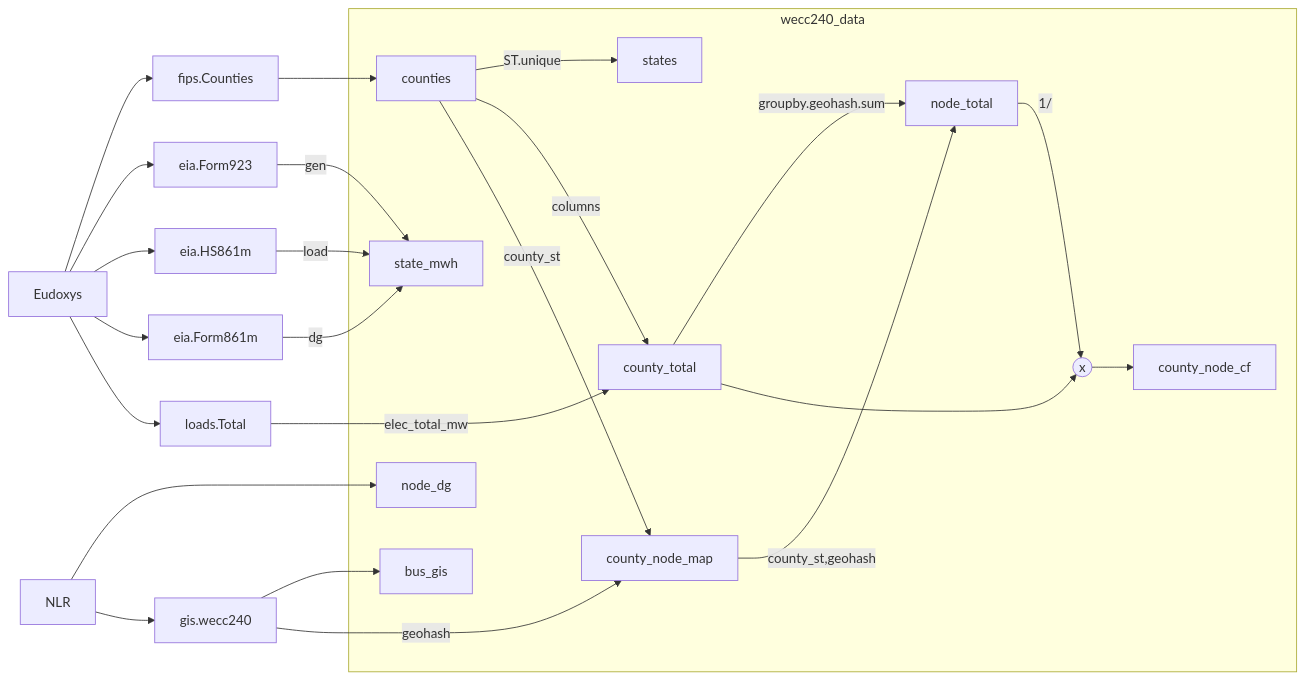
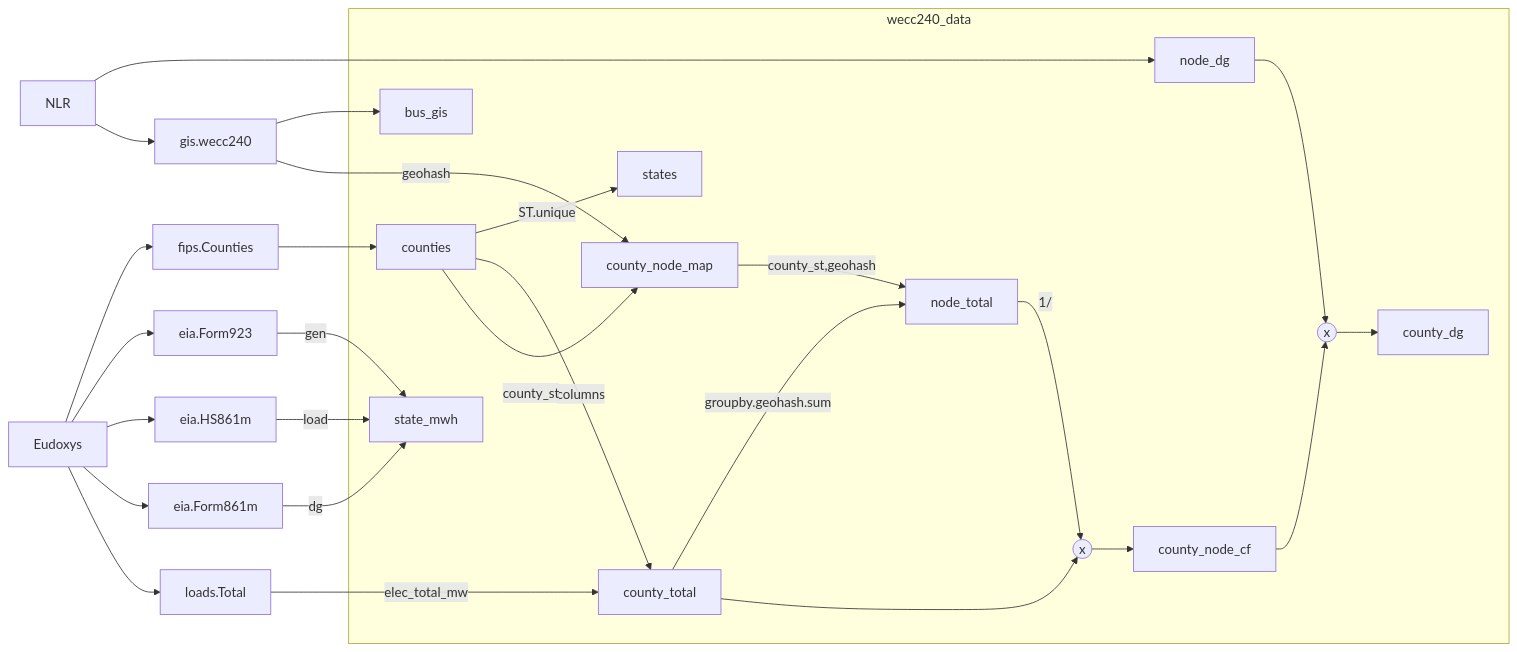
The diagram in wecc240/data/README.md (eudoxys/wecc240), drawn with Mermaid before and after one commit. The commit also changed other lines of this file, not shown here.

````diff
--- a/wecc240/data/README.md
+++ b/wecc240/data/README.md
@@ -2,45 +2,51 @@
 ```mermaid
 flowchart LR
     
     Eudoxys --> fips.Counties
     fips.Counties --> counties 
     
     Eudoxys --> eia.Form923 -->|gen| state_mwh
     Eudoxys --> eia.HS861m -->|load| state_mwh
     Eudoxys --> eia.Form861m -->|dg| state_mwh
     
     NLR --> node_dg
     
     counties -->|ST.unique| states
     
     NLR --> gis.wecc240
     gis.wecc240 --> bus_gis
 
     counties -->|columns| county_total
     Eudoxys --> loads.Total
     loads.Total --->|elec_total_mw| county_total
 
     counties -->|county_st| county_node_map
     gis.wecc240 --->|geohash| county_node_map
 
     county_node_map -->|county_st,geohash| node_total 
     county_total -->|groupby.geohash.sum| node_total
 
     node_total -->|1/| mul1
-    mul1((x)) --> county_node_cf
+    mul1 --> county_node_cf
     county_total --> mul1
+
+    node_dg --> mul2
+    county_node_cf --> mul2
+    mul2 --> county_dg
 
     subgraph wecc240_data
         counties
         states
         bus_gis
         node_dg
         state_mwh
         county_total
         county_node_map
         node_total
         county_node_cf
+        county_dg
 
-        mul1
+        mul1((x))
+        mul2((x))
     end
 ```
````
